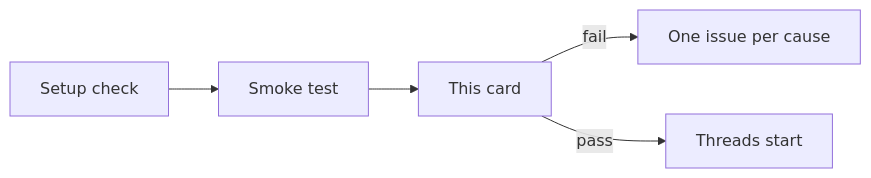
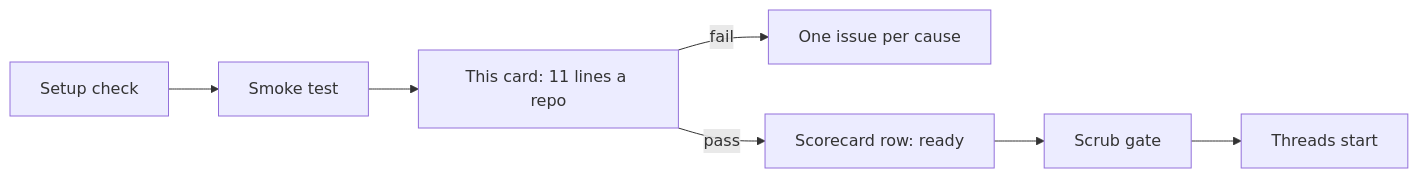
One commit to SoulCraft-Org/git-crafter changed the diagram in templates/projects/check-card.md. Above: the diagram before and after it, drawn with Mermaid. The commit also changed other lines of this file and 6 other files, not shown here.

First line of the commit message:
Projects setup: pass or fail table, 11-column readiness scorecard, scrub gate, quick start check (#608)

````diff
--- a/templates/projects/check-card.md
+++ b/templates/projects/check-card.md
@@ -5,7 +5,9 @@
 ```mermaid
 flowchart LR
   C[Setup check] --> S[Smoke test]
-  S --> K[This card]
+  S --> K[This card: 11 lines a repo]
   K -->|fail| I[One issue per cause]
-  K -->|pass| N[Threads start]
+  K -->|pass| R[Scorecard row: ready]
+  R --> G[Scrub gate]
+  G --> N[Threads start]
 ```
````
